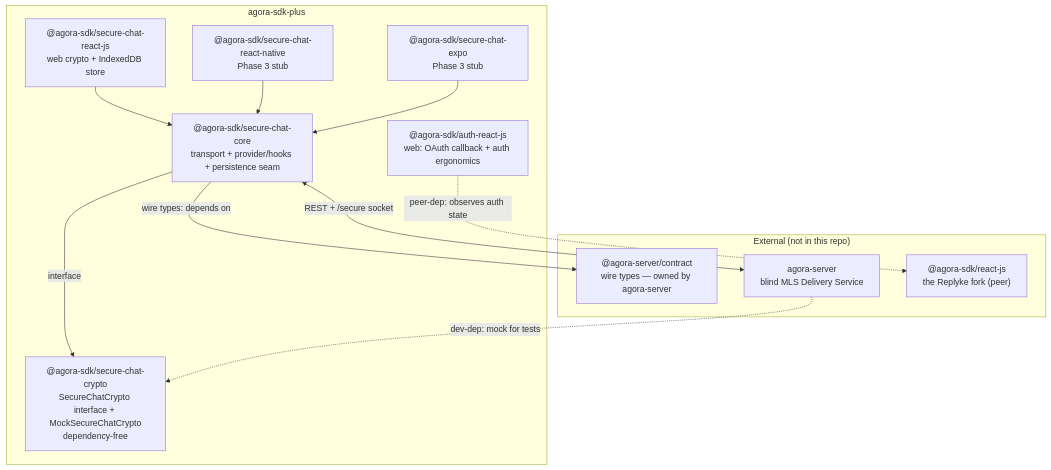
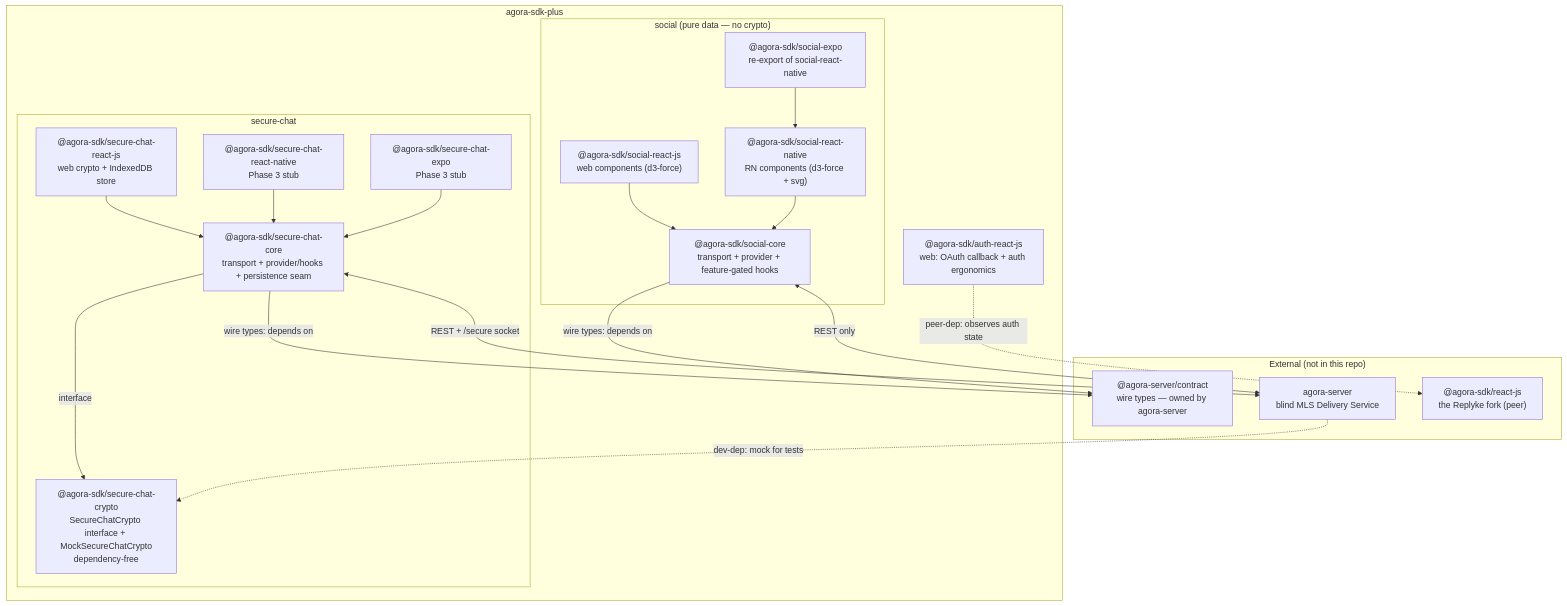
One commit to agora-oss-org/agora-sdk-plus changed the first of 6 diagrams in ARCHITECTURE.md. Above: the diagram before and after it, drawn with Mermaid. The commit also changed other lines of this file and 8 other files, not shown here.

First line of the commit message:
docs: document social feature group + testing guide; doc housekeeping

````diff
--- a/ARCHITECTURE.md
+++ b/ARCHITECTURE.md
@@ -21,26 +21,39 @@
 ```mermaid
 flowchart TD
   subgraph "External (not in this repo)"
     contract["@agora-server/contract<br/>wire types — owned by agora-server"]
     server["agora-server<br/>blind MLS Delivery Service"]
     sdk["@agora-sdk/react-js<br/>the Replyke fork (peer)"]
   end
 
   subgraph "agora-sdk-plus"
-    crypto["@agora-sdk/secure-chat-crypto<br/>SecureChatCrypto interface + MockSecureChatCrypto<br/>dependency-free"]
-    coreP["@agora-sdk/secure-chat-core<br/>transport + provider/hooks + persistence seam"]
-    webP["@agora-sdk/secure-chat-react-js<br/>web crypto + IndexedDB store"]
-    rnP["@agora-sdk/secure-chat-react-native<br/>Phase 3 stub"]
-    expoP["@agora-sdk/secure-chat-expo<br/>Phase 3 stub"]
+    subgraph "secure-chat"
+      crypto["@agora-sdk/secure-chat-crypto<br/>SecureChatCrypto interface + MockSecureChatCrypto<br/>dependency-free"]
+      coreP["@agora-sdk/secure-chat-core<br/>transport + provider/hooks + persistence seam"]
+      webP["@agora-sdk/secure-chat-react-js<br/>web crypto + IndexedDB store"]
+      rnP["@agora-sdk/secure-chat-react-native<br/>Phase 3 stub"]
+      expoP["@agora-sdk/secure-chat-expo<br/>Phase 3 stub"]
+    end
+    subgraph "social (pure data — no crypto)"
+      sCoreP["@agora-sdk/social-core<br/>transport + provider + feature-gated hooks"]
+      sWebP["@agora-sdk/social-react-js<br/>web components (d3-force)"]
+      sRnP["@agora-sdk/social-react-native<br/>RN components (d3-force + svg)"]
+      sExpoP["@agora-sdk/social-expo<br/>re-export of social-react-native"]
+    end
     authP["@agora-sdk/auth-react-js<br/>web: OAuth callback + auth ergonomics"]
   end
 
   coreP -->|interface| crypto
   coreP -->|wire types: depends on| contract
   webP --> coreP
   rnP --> coreP
   expoP --> coreP
+  sCoreP -->|wire types: depends on| contract
+  sWebP --> sCoreP
+  sRnP --> sCoreP
+  sExpoP --> sRnP
   authP -.->|peer-dep: observes auth state| sdk
   server -.->|dev-dep: mock for tests| crypto
   coreP <-->|REST + /secure socket| server
+  sCoreP <-->|REST only| server
 ```
````
